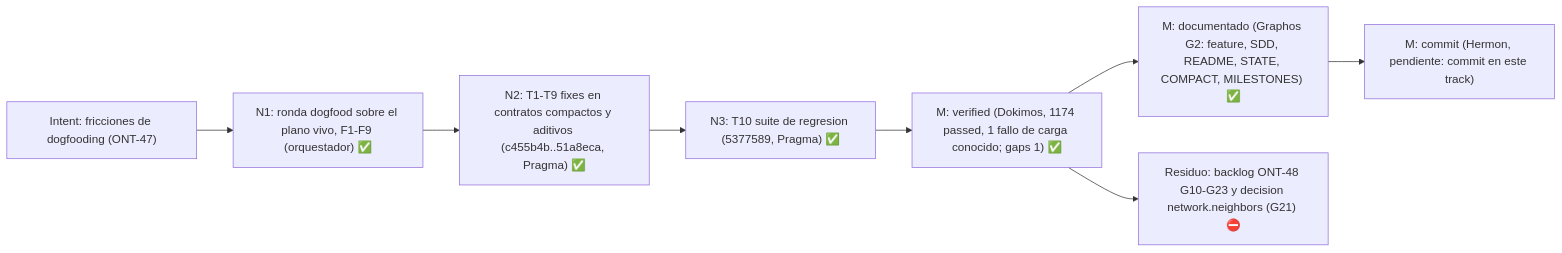
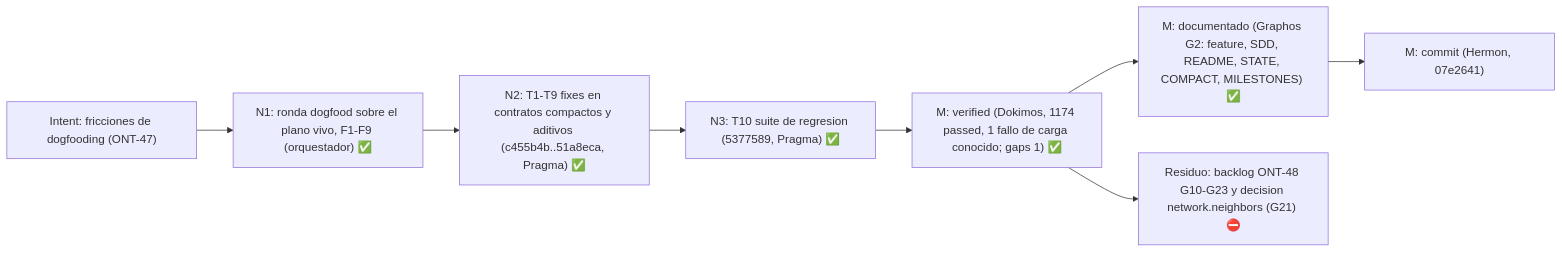
The tenth of 13 diagrams in docs/MILESTONES.md (ancrz/agent-execution-plane), drawn with Mermaid before and after one commit. The commit also changed other lines of this file and 1 other file, not shown here.

````diff
--- a/docs/MILESTONES.md
+++ b/docs/MILESTONES.md
@@ -439,10 +439,10 @@
 ```mermaid
 flowchart LR
     I14["Intent: fricciones de dogfooding (ONT-47)"] --> N1["N1: ronda dogfood sobre el plano vivo, F1-F9 (orquestador) ✅"]
     N1 --> N2["N2: T1-T9 fixes en contratos compactos y aditivos (c455b4b..51a8eca, Pragma) ✅"]
     N2 --> N3["N3: T10 suite de regresion (5377589, Pragma) ✅"]
     N3 --> V14["M: verified (Dokimos, 1174 passed, 1 fallo de carga conocido; gaps 1) ✅"]
     V14 --> D14["M: documentado (Graphos G2: feature, SDD, README, STATE, COMPACT, MILESTONES) ✅"]
-    D14 --> H14["M: commit (Hermon, pendiente: commit en este track)"]
+    D14 --> H14["M: commit (Hermon, 07e2641)"]
     V14 --> R14["Residuo: backlog ONT-48 G10-G23 y decision network.neighbors (G21) ⛔"]
 ```
````
